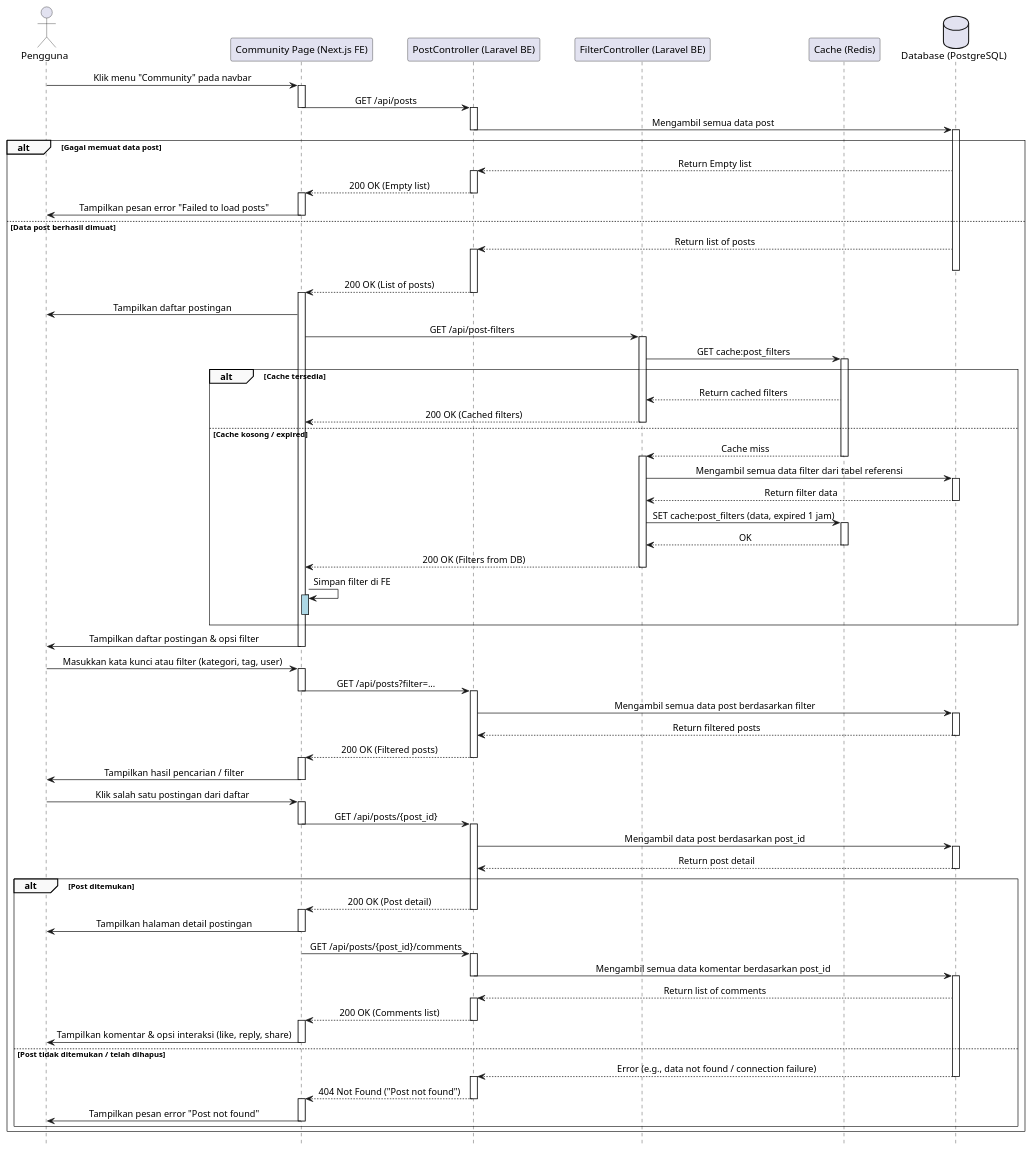
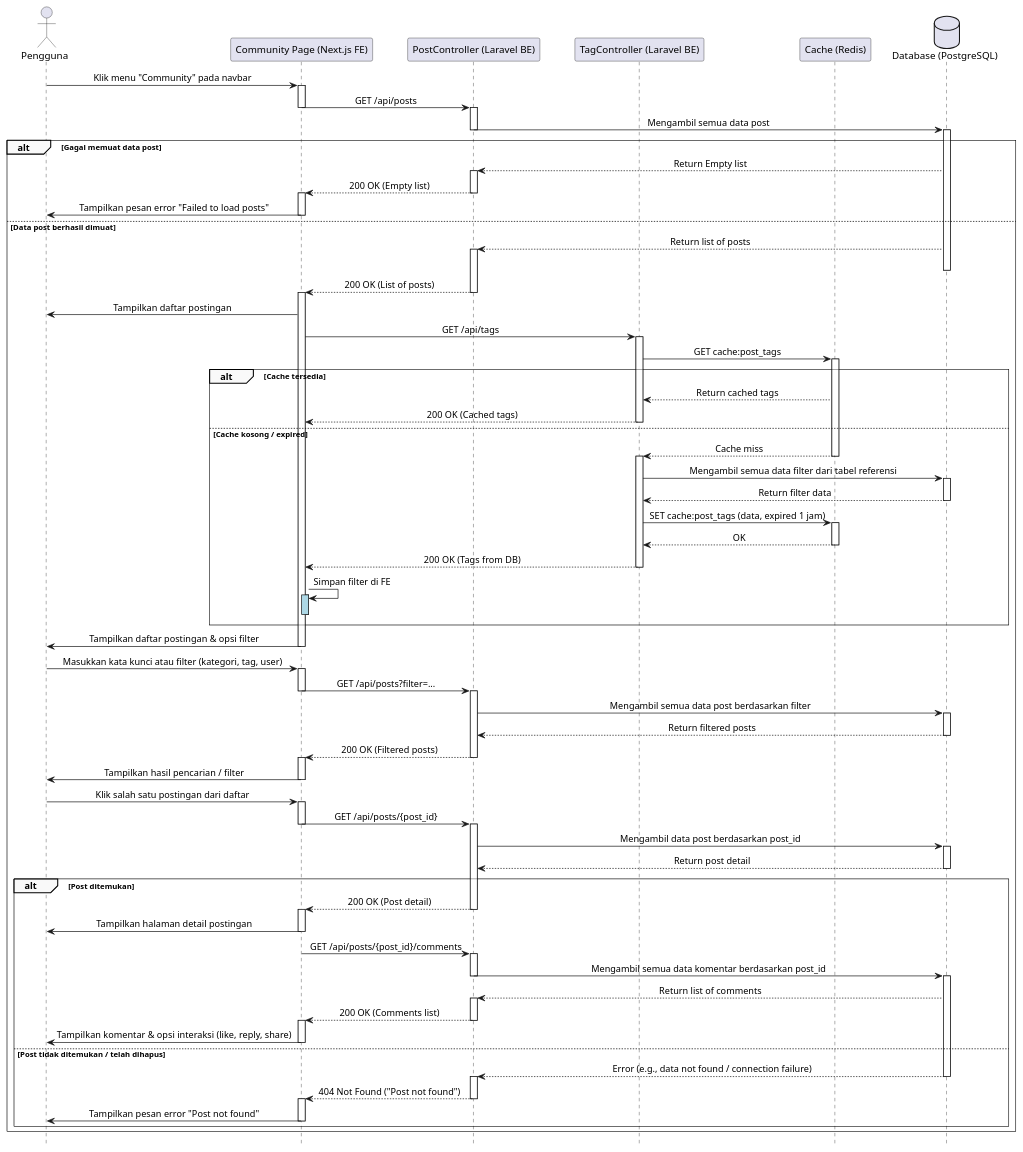
Before and after one commit to fadhel-rizanda/skripsi-plantuml: the diagram in sequence/MelihatPost.plantuml, drawn with PlantUML. The commit also changed 27 other files, not shown here.

```diff
--- a/sequence/MelihatPost.plantuml
+++ b/sequence/MelihatPost.plantuml
@@ -1,143 +1,143 @@
 @startuml
 ' === Styling ===
 skinparam sequence {
     LifelineFooterStrategy none
     MessageAlign center
     ArrowThickness 1
     ParticipantPadding 20
     GroupBorderThickness 0.5
     GroupBackgroundColor #F9F9F9
 }
 hide footbox
 
 ' === Participants ===
 actor Pengguna
 participant "Community Page (Next.js FE)" as FE
 participant "PostController (Laravel BE)" as BE_Post
-participant "FilterController (Laravel BE)" as BE_Filter
+participant "TagController (Laravel BE)" as BE_Filter
 participant "Cache (Redis)" as Redis
 database "Database (PostgreSQL)" as DB
 
 ' === Normal Flow: Melihat Daftar Post ===
 Pengguna -> FE: Klik menu "Community" pada navbar
 activate FE
 
 ' --- Paralel Request ---
     FE -> BE_Post: GET /api/posts
     deactivate FE
     activate BE_Post
     BE_Post -> DB: Mengambil semua data post
     deactivate BE_Post
     activate DB
     alt Gagal memuat data post
     DB --> BE_Post: Return Empty list
     activate BE_Post
         BE_Post --> FE: 200 OK (Empty list)
         deactivate BE_Post
         activate FE
         FE -> Pengguna: Tampilkan pesan error "Failed to load posts"
         deactivate FE
     else Data post berhasil dimuat
         DB --> BE_Post: Return list of posts
     activate BE_Post
         deactivate DB
         BE_Post --> FE: 200 OK (List of posts)
         deactivate BE_Post
         activate FE
         FE -> Pengguna: Tampilkan daftar postingan
 
-    FE -> BE_Filter: GET /api/post-filters
+    FE -> BE_Filter: GET /api/tags
     activate BE_Filter
-    BE_Filter -> Redis: GET cache:post_filters
+    BE_Filter -> Redis: GET cache:post_tags
     activate Redis
 
     alt Cache tersedia
-        Redis --> BE_Filter: Return cached filters
-        BE_Filter --> FE: 200 OK (Cached filters)
+        Redis --> BE_Filter: Return cached tags
+        BE_Filter --> FE: 200 OK (Cached tags)
         deactivate BE_Filter
     else Cache kosong / expired
         Redis --> BE_Filter: Cache miss
         deactivate Redis
         activate BE_Filter
         BE_Filter -> DB: Mengambil semua data filter dari tabel referensi
         activate DB
         DB --> BE_Filter: Return filter data
         deactivate DB
-        BE_Filter -> Redis: SET cache:post_filters (data, expired 1 jam)
+        BE_Filter -> Redis: SET cache:post_tags (data, expired 1 jam)
         activate Redis
         Redis --> BE_Filter: OK
         deactivate Redis
-        BE_Filter --> FE: 200 OK (Filters from DB)
+        BE_Filter --> FE: 200 OK (Tags from DB)
         deactivate BE_Filter
     FE -> FE:Simpan filter di FE
     activate FE #LightBlue
     deactivate FE #LightBlue
 end
 
 activate FE
 FE -> Pengguna: Tampilkan daftar postingan & opsi filter
 deactivate FE
 
 
 ' === Flow: Menggunakan Pencarian / Filter ===
 Pengguna -> FE: Masukkan kata kunci atau filter (kategori, tag, user)
 activate FE
 FE -> BE_Post: GET /api/posts?filter=...
 deactivate FE
 activate BE_Post
 BE_Post -> DB: Mengambil semua data post berdasarkan filter
 activate DB
 DB --> BE_Post: Return filtered posts
 deactivate DB
 BE_Post --> FE: 200 OK (Filtered posts)
 deactivate BE_Post
 activate FE
 FE -> Pengguna: Tampilkan hasil pencarian / filter
 deactivate FE
 
 ' === Flow: Melihat Detail Post ===
 Pengguna -> FE: Klik salah satu postingan dari daftar
 activate FE
 FE -> BE_Post: GET /api/posts/{post_id}
 deactivate FE
 activate BE_Post
 BE_Post -> DB: Mengambil data post berdasarkan post_id
 activate DB
 DB --> BE_Post: Return post detail
 deactivate DB
 
 alt Post ditemukan
     BE_Post --> FE: 200 OK (Post detail)
     deactivate BE_Post
     activate FE
     FE -> Pengguna: Tampilkan halaman detail postingan
     deactivate FE
 
     ' === Subflow: Menampilkan Komentar ===
     FE -> BE_Post: GET /api/posts/{post_id}/comments
     activate BE_Post
     BE_Post -> DB: Mengambil semua data komentar berdasarkan post_id
     deactivate BE_Post
     activate DB
     DB --> BE_Post: Return list of comments
     activate BE_Post
     BE_Post --> FE: 200 OK (Comments list)
     deactivate BE_Post
     activate FE
     FE -> Pengguna: Tampilkan komentar & opsi interaksi (like, reply, share)
     deactivate FE
 
 else Post tidak ditemukan / telah dihapus
 DB --> BE_Post: Error (e.g., data not found / connection failure)
     deactivate DB
     activate BE_Post
 
     BE_Post --> FE: 404 Not Found ("Post not found")
     deactivate BE_Post
     activate FE
     FE -> Pengguna: Tampilkan pesan error "Post not found"
     deactivate FE
 end
     end
 
 @enduml
```
